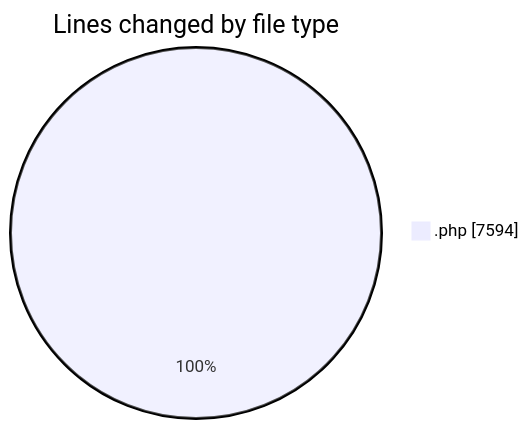
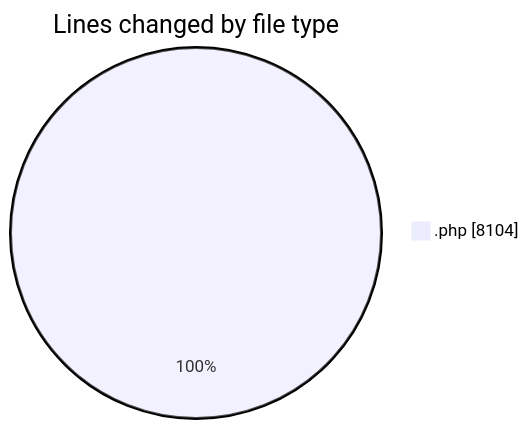
Before and after one commit to vahidmafi/code-tracking: the first of 2 diagrams in 2025-07-21/shop/README.md, drawn with Mermaid. The commit also changed other lines of this file and 1 other file, not shown here.

````diff
--- a/2025-07-21/shop/README.md
+++ b/2025-07-21/shop/README.md
@@ -22,5 +23,5 @@
 ```mermaid
 pie showData
 title Lines changed by file type
-".php" : 7594
+".php" : 8104
 ```
````
